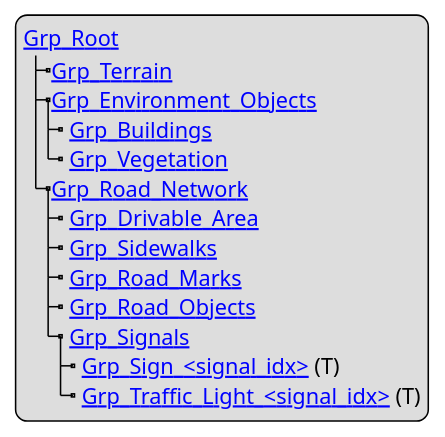
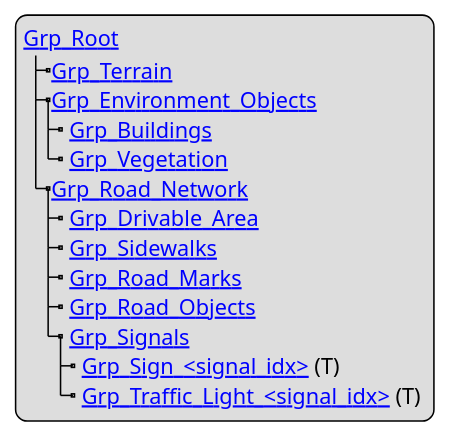
The diagram in content/geometry/object-environment/environment-structure.adoc (asam-ev/OpenMATERIAL), drawn with PlantUML before and after one commit. The commit also changed 2 other files, not shown here.

Commit message:
Repair broken links, adapt node overview

```diff
--- a/content/geometry/object-environment/environment-structure.adoc
+++ b/content/geometry/object-environment/environment-structure.adoc
@@ -9,18 +9,18 @@
 [plantuml]
 ----
 legend
 [[../geometry/object-environment/environment-index.html#_grp_root Grp_Root]]
 |_[[../geometry/object-environment/environment-index.html#_grp_terrain Grp_Terrain]]
 |_[[../geometry/object-environment/environment-index.html#_grp_environment_objects Grp_Environment_Objects]]
   |_ [[../geometry/object-environment/environment-index.html#_grp_buildings Grp_Buildings]]
   |_ [[../geometry/object-environment/environment-index.html#_grp_vegetation Grp_Vegetation]]
 |_[[../geometry/object-environment/environment-index.html#_grp_road_network Grp_Road_Network]]
   |_ [[../geometry/object-environment/environment-index.html#_grp_drivable_area Grp_Drivable_Area]]
   |_ [[../geometry/object-environment/environment-index.html#_grp_sidewalks Grp_Sidewalks]]
   |_ [[../geometry/object-environment/environment-index.html#_grp_road_marks Grp_Road_Marks]]
-  |_ [[../geometry/object-environment/environment-index.html#_grp_road_object Grp_Road_Objects]]
+  |_ [[../geometry/object-environment/environment-index.html#_grp_road_objects Grp_Road_Objects]]
   |_ [[../geometry/object-environment/environment-index.html#_grp_signals Grp_Signals]]
-    |_ [[../geometry/object-environment/environment-index.html#_grp_sign_idx_t Grp_Sign_<signal_idx>]] (T)
-    |_ [[../geometry/object-environment/environment-index.html#_traffic_light_idx_t Grp_Traffic_Light_<signal_idx>]] (T)
+    |_ [[../geometry/object-environment/environment-index.html#_grp_sign_signal_idx_t Grp_Sign_<signal_idx>]] (T) 
+    |_ [[../geometry/object-environment/environment-index.html#_grp_traffic_light_signal_idx_t Grp_Traffic_Light_<signal_idx>]] (T) 
 end legend
 ----
```
